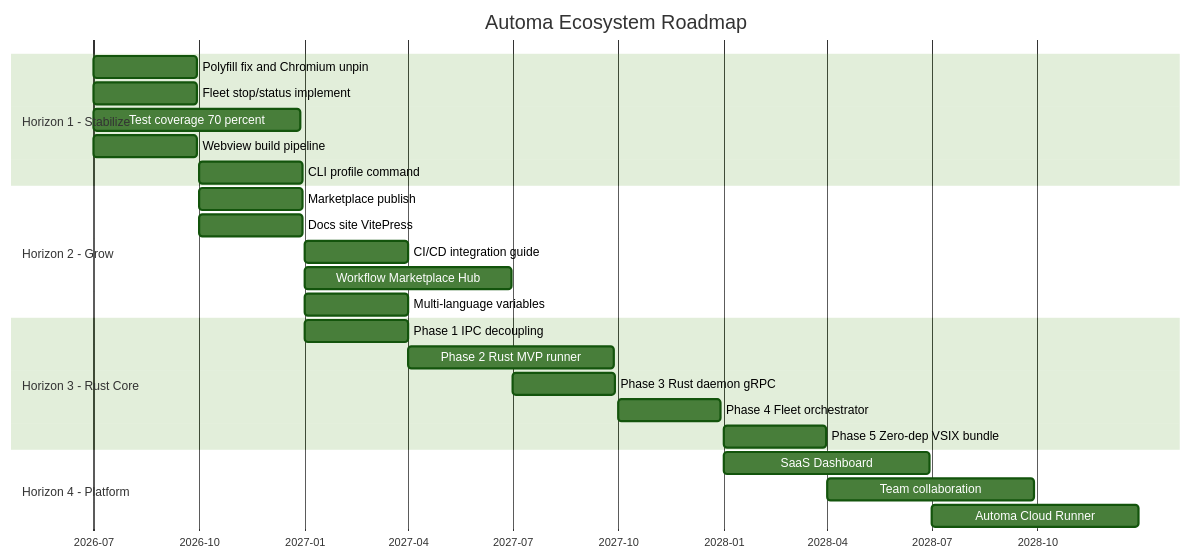
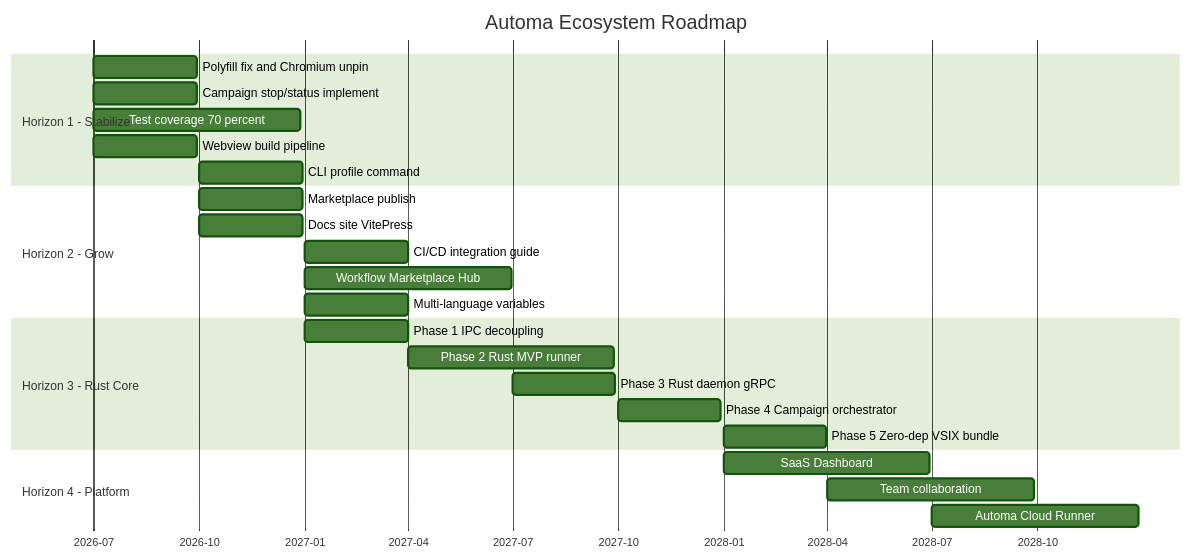
Before and after one commit to tuquet/automa: the second of 3 diagrams in documents/Core/product_strategy.md, drawn with Mermaid (forest theme). The commit also changed other lines of this file and 48 other files, not shown here.

````diff
--- a/documents/Core/product_strategy.md
+++ b/documents/Core/product_strategy.md
@@ -100,32 +100,32 @@
 ```mermaid
 gantt
     title Automa Ecosystem Roadmap
     dateFormat YYYY-MM-DD
     axisFormat %Y-%m
 
     section Horizon 1 - Stabilize
     Polyfill fix and Chromium unpin  :h1a, 2026-07-01, 90d
-    Fleet stop/status implement      :h1b, 2026-07-01, 90d
+    Campaign stop/status implement      :h1b, 2026-07-01, 90d
     Test coverage 70 percent         :h1c, 2026-07-01, 180d
     Webview build pipeline           :h1d, 2026-07-01, 90d
     CLI profile command              :h1e, 2026-10-01, 90d
 
     section Horizon 2 - Grow
     Marketplace publish              :h2a, 2026-10-01, 90d
     Docs site VitePress              :h2b, 2026-10-01, 90d
     CI/CD integration guide          :h2c, 2027-01-01, 90d
     Workflow Marketplace Hub         :h2d, 2027-01-01, 180d
     Multi-language variables         :h2e, 2027-01-01, 90d
 
     section Horizon 3 - Rust Core
     Phase 1 IPC decoupling           :h3a, 2027-01-01, 90d
     Phase 2 Rust MVP runner          :h3b, 2027-04-01, 180d
     Phase 3 Rust daemon gRPC         :h3c, 2027-07-01, 90d
-    Phase 4 Fleet orchestrator       :h3d, 2027-10-01, 90d
+    Phase 4 Campaign orchestrator       :h3d, 2027-10-01, 90d
     Phase 5 Zero-dep VSIX bundle     :h3e, 2028-01-01, 90d
 
     section Horizon 4 - Platform
     SaaS Dashboard                   :h4a, 2028-01-01, 180d
     Team collaboration               :h4b, 2028-04-01, 180d
     Automa Cloud Runner              :h4c, 2028-07-01, 180d
 ```
````
